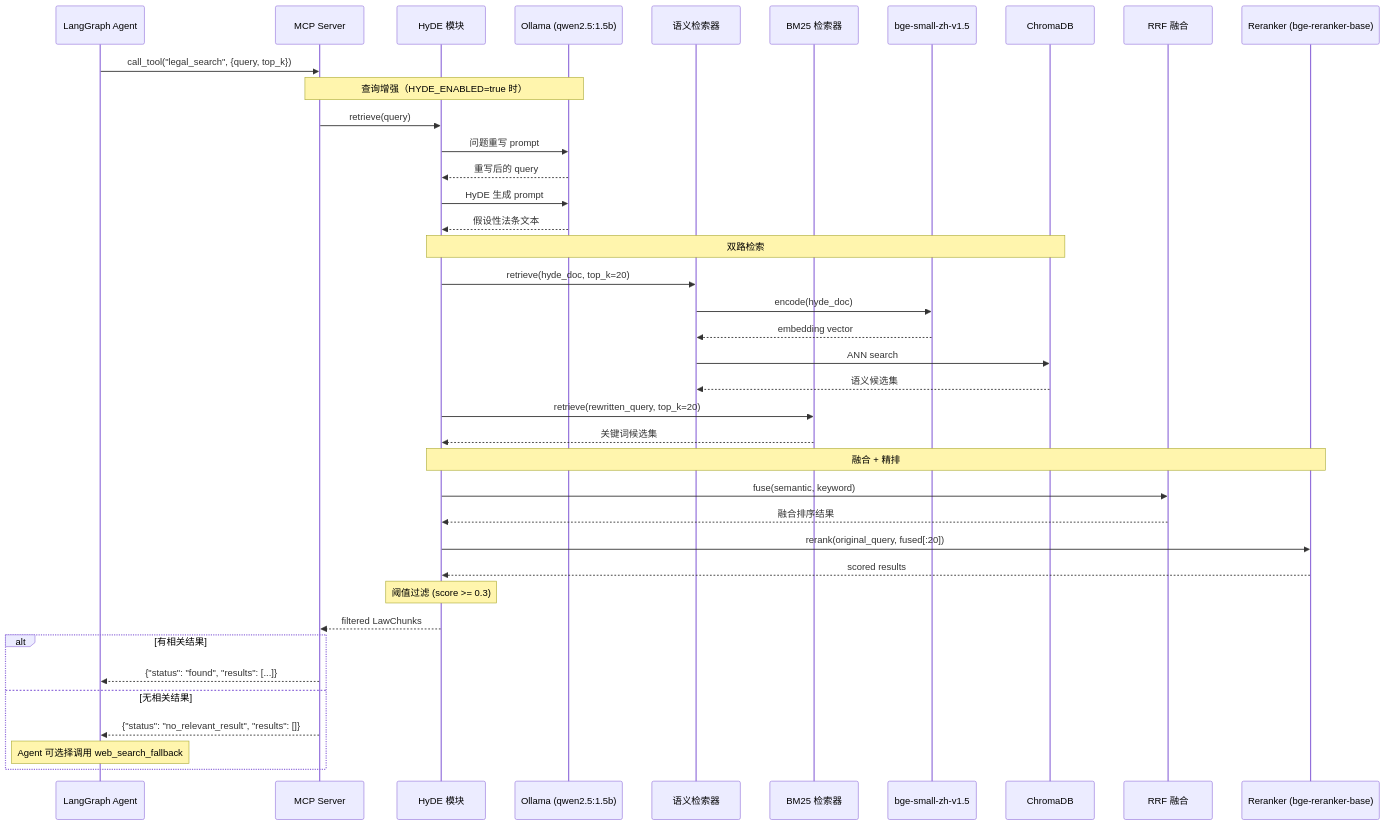
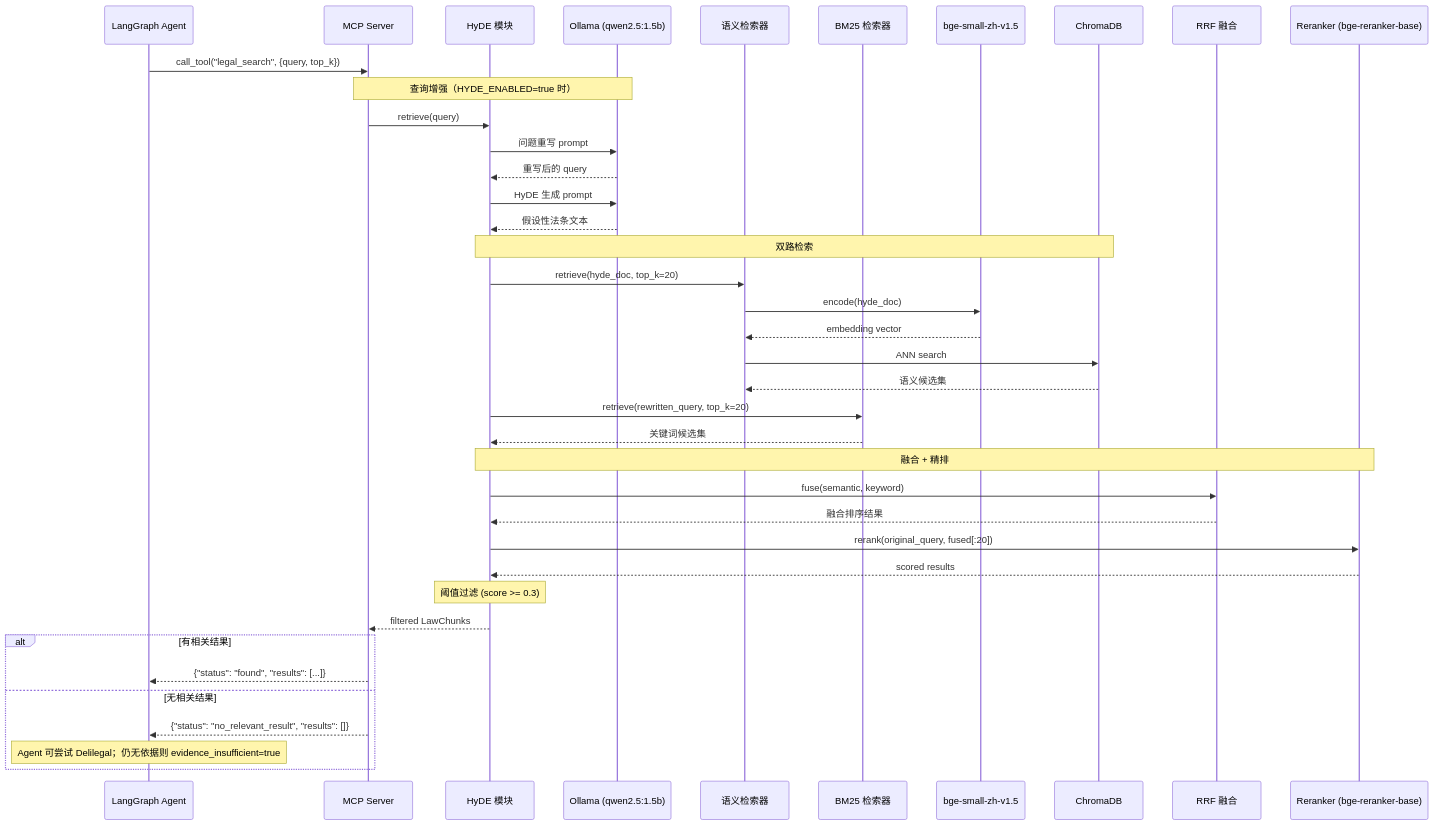
One commit to uuo00n/lexcore-legal-agent changed the diagram in docs/sequences/rag-flow.md. Above: the diagram before and after it, drawn with Mermaid. The commit also changed other lines of this file and 46 other files, not shown here.

````diff
--- a/docs/sequences/rag-flow.md
+++ b/docs/sequences/rag-flow.md
@@ -5,49 +5,49 @@
 ```mermaid
 sequenceDiagram
     participant Agent as LangGraph Agent
     participant MCP as MCP Server
     participant HYDE as HyDE 模块
     participant OL as Ollama (qwen2.5:1.5b)
     participant SEM as 语义检索器
     participant BM25 as BM25 检索器
     participant EMB as bge-small-zh-v1.5
     participant CHROMA as ChromaDB
     participant RRF as RRF 融合
     participant RR as Reranker (bge-reranker-base)
 
     Agent->>MCP: call_tool("legal_search", {query, top_k})
 
     Note over MCP,OL: 查询增强（HYDE_ENABLED=true 时）
     MCP->>HYDE: retrieve(query)
     HYDE->>OL: 问题重写 prompt
     OL-->>HYDE: 重写后的 query
     HYDE->>OL: HyDE 生成 prompt
     OL-->>HYDE: 假设性法条文本
 
     Note over HYDE,CHROMA: 双路检索
     HYDE->>SEM: retrieve(hyde_doc, top_k=20)
     SEM->>EMB: encode(hyde_doc)
     EMB-->>SEM: embedding vector
     SEM->>CHROMA: ANN search
     CHROMA-->>SEM: 语义候选集
 
     HYDE->>BM25: retrieve(rewritten_query, top_k=20)
     BM25-->>HYDE: 关键词候选集
 
     Note over HYDE,RR: 融合 + 精排
     HYDE->>RRF: fuse(semantic, keyword)
     RRF-->>HYDE: 融合排序结果
 
     HYDE->>RR: rerank(original_query, fused[:20])
     RR-->>HYDE: scored results
 
     Note over HYDE: 阈值过滤 (score >= 0.3)
     HYDE-->>MCP: filtered LawChunks
 
     alt 有相关结果
         MCP-->>Agent: {"status": "found", "results": [...]}
     else 无相关结果
         MCP-->>Agent: {"status": "no_relevant_result", "results": []}
-        Note over Agent: Agent 可选择调用 web_search_fallback
+        Note over Agent: Agent 可尝试 Delilegal；仍无依据则 evidence_insufficient=true
     end
 ```
````
